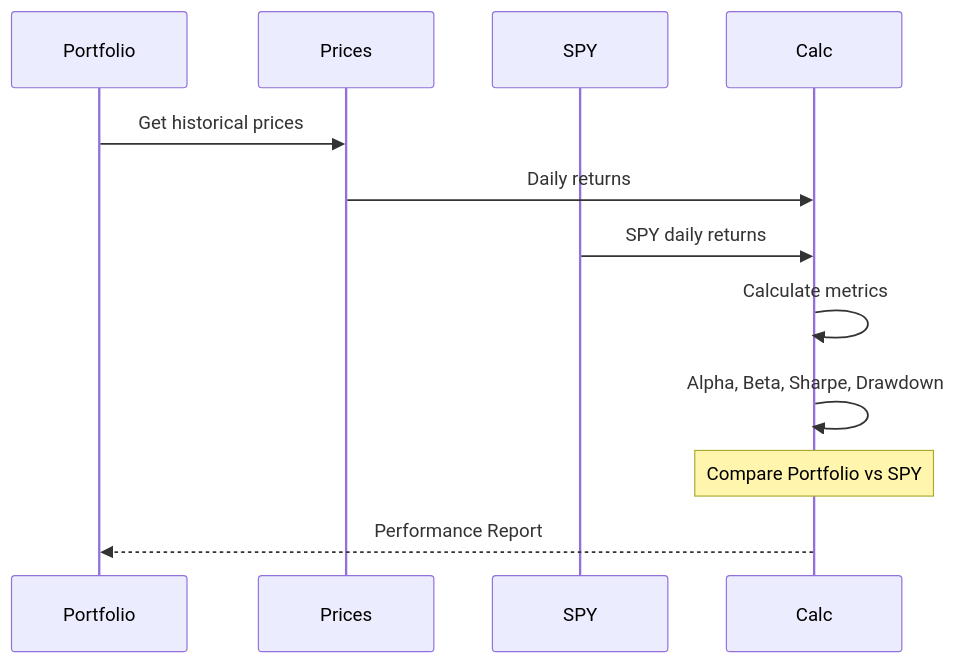
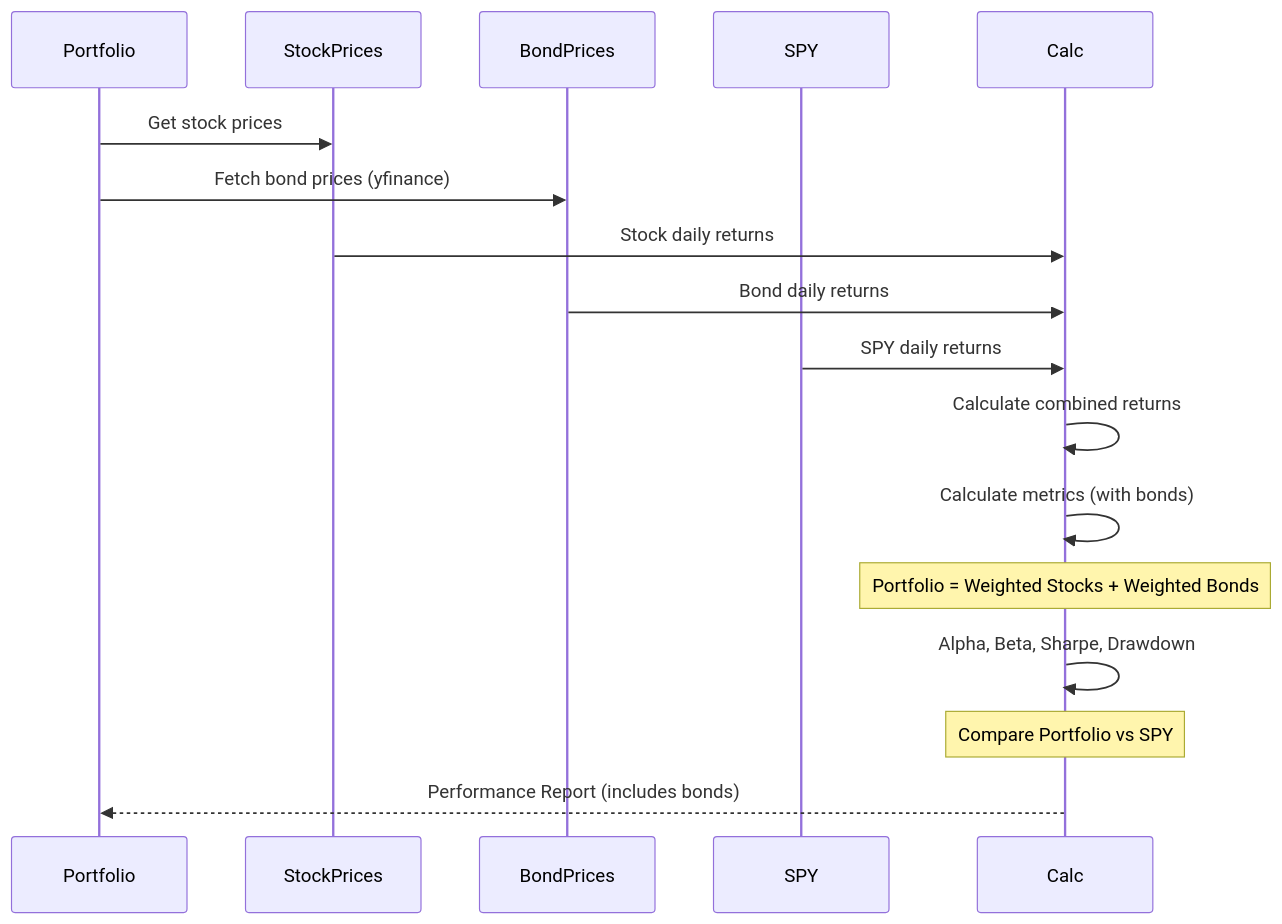
One commit to HansalBhangale/data changed the eighth of 9 diagrams in README.md. Above: the diagram before and after it, drawn with Mermaid. The commit also changed other lines of this file and 11 other files, not shown here.

````diff
--- a/README.md
+++ b/README.md
@@ -252,16 +339,22 @@
 ```mermaid
 sequenceDiagram
     participant Portfolio
-    participant Prices
+    participant StockPrices
+    participant BondPrices
     participant SPY
     participant Calc
 
-    Portfolio->>Prices: Get historical prices
-    Prices->>Calc: Daily returns
+    Portfolio->>StockPrices: Get stock prices
+    Portfolio->>BondPrices: Fetch bond prices (yfinance)
+    StockPrices->>Calc: Stock daily returns
+    BondPrices->>Calc: Bond daily returns
     SPY->>Calc: SPY daily returns
-    Calc->>Calc: Calculate metrics
+    Calc->>Calc: Calculate combined returns
+    Calc->>Calc: Calculate metrics (with bonds)
+
+    Note over Calc: Portfolio = Weighted Stocks + Weighted Bonds
     Calc->>Calc: Alpha, Beta, Sharpe, Drawdown
 
     Note over Calc: Compare Portfolio vs SPY
-    Calc-->>Portfolio: Performance Report
+    Calc-->>Portfolio: Performance Report (includes bonds)
 ```
````
